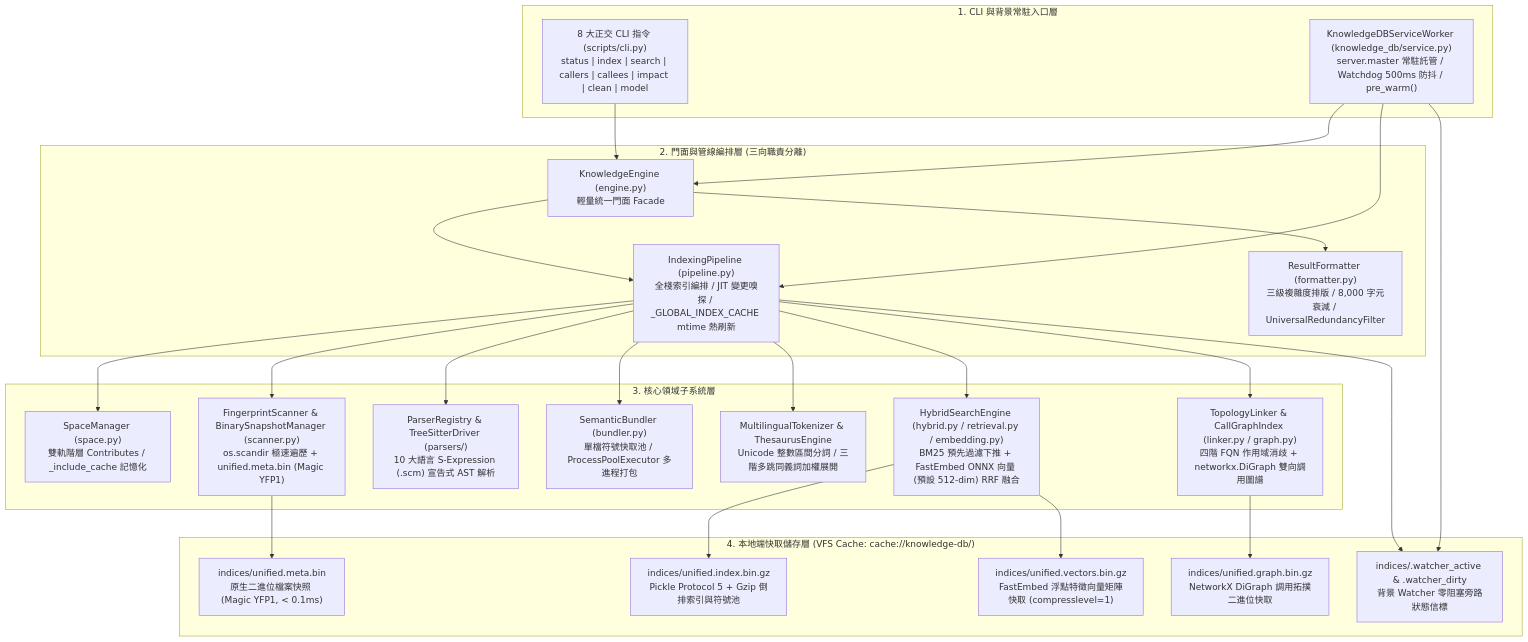
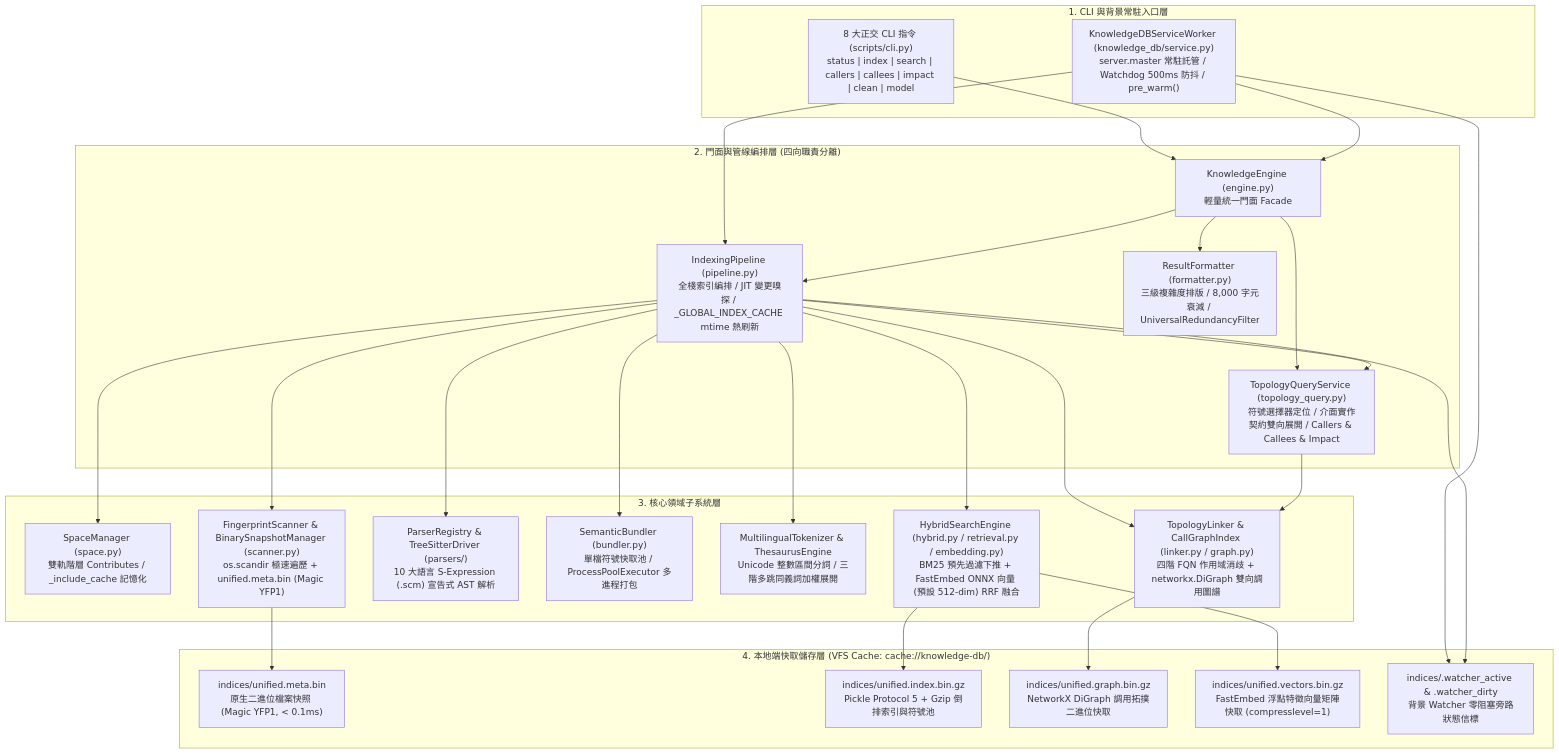
One commit to ysnaive/ys-codebase changed the first of 2 diagrams in docs/knowledge-db/architecture.md. Above: the diagram before and after it, drawn with Mermaid. The commit also changed other lines of this file and 253 other files, not shown here.

````diff
--- a/docs/knowledge-db/architecture.md
+++ b/docs/knowledge-db/architecture.md
@@ -31,40 +32,42 @@
 ```mermaid
 flowchart TD
     subgraph CLILayer ["1. CLI 與背景常駐入口層"]
         CLI["8 大正交 CLI 指令 (scripts/cli.py)<br/>status | index | search | callers | callees | impact | clean | model"]
         Worker["KnowledgeDBServiceWorker (knowledge_db/service.py)<br/>server.master 常駐託管 / Watchdog 500ms 防抖 / pre_warm()"]
     end
 
-    subgraph FacadeLayer ["2. 門面與管線編排層 (三向職責分離)"]
+    subgraph FacadeLayer ["2. 門面與管線編排層 (四向職責分離)"]
         Engine["KnowledgeEngine (engine.py)<br/>輕量統一門面 Facade"]
         Pipeline["IndexingPipeline (pipeline.py)<br/>全棧索引編排 / JIT 變更嗅探 / _GLOBAL_INDEX_CACHE mtime 熱刷新"]
+        TopoSvc["TopologyQueryService (topology_query.py)<br/>符號選擇器定位 / 介面實作契約雙向展開 / Callers & Callees & Impact"]
         Formatter["ResultFormatter (formatter.py)<br/>三級複雜度排版 / 8,000 字元衰減 / UniversalRedundancyFilter"]
     end
 
     subgraph CoreSubsystems ["3. 核心領域子系統層"]
         SpaceMgr["SpaceManager (space.py)<br/>雙軌階層 Contributes / _include_cache 記憶化"]
         Scanner["FingerprintScanner & BinarySnapshotManager (scanner.py)<br/>os.scandir 極速遍歷 + unified.meta.bin (Magic YFP1)"]
         Parsers["ParserRegistry & TreeSitterDriver (parsers/)<br/>10 大語言 S-Expression (.scm) 宣告式 AST 解析"]
         Bundler["SemanticBundler (bundler.py)<br/>單檔符號快取池 / ProcessPoolExecutor 多進程打包"]
         Tokenizer["MultilingualTokenizer & ThesaurusEngine<br/>Unicode 整數區間分詞 / 三階多跳同義詞加權展開"]
         Hybrid["HybridSearchEngine (hybrid.py / retrieval.py / embedding.py)<br/>BM25 預先過濾下推 + FastEmbed ONNX 向量 (預設 512-dim) RRF 融合"]
         Graph["TopologyLinker & CallGraphIndex (linker.py / graph.py)<br/>四階 FQN 作用域消歧 + networkx.DiGraph 雙向調用圖譜"]
     end
 
     subgraph StorageLayer ["4. 本地端快取儲存層 (VFS Cache: cache://knowledge-db/)"]
         MetaBin["indices/unified.meta.bin<br/>原生二進位檔案快照 (Magic YFP1, < 0.1ms)"]
         IndexBin["indices/unified.index.bin.gz<br/>Pickle Protocol 5 + Gzip 倒排索引與符號池"]
         GraphBin["indices/unified.graph.bin.gz<br/>NetworkX DiGraph 調用拓撲二進位快取"]
         VecBin["indices/unified.vectors.bin.gz<br/>FastEmbed 浮點特徵向量矩陣快取 (compresslevel=1)"]
         WatcherFlags["indices/.watcher_active & .watcher_dirty<br/>背景 Watcher 零阻塞旁路狀態信標"]
     end
 
     CLI --> Engine
     Worker --> Engine & Pipeline
-    Engine --> Pipeline & Formatter
-    Pipeline --> SpaceMgr & Scanner & Parsers & Bundler & Tokenizer & Hybrid & Graph
+    Engine --> Pipeline & TopoSvc & Formatter
+    Pipeline --> TopoSvc & SpaceMgr & Scanner & Parsers & Bundler & Tokenizer & Hybrid & Graph
+    TopoSvc --> Graph
     Scanner --> MetaBin
     Hybrid --> IndexBin & VecBin
     Graph --> GraphBin
     Worker & Pipeline --> WatcherFlags
 ```
````
